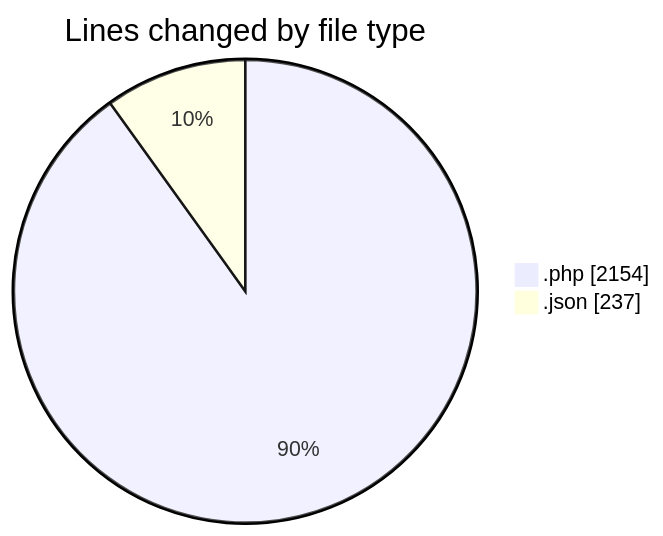
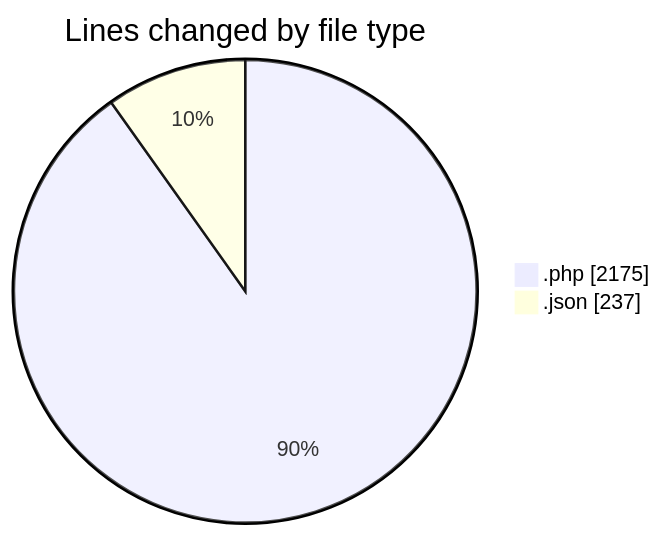
Before and after one commit to idhammustaqopulfikri/code-tracking: the first of 2 diagrams in 2025-06-20/studio-backend/README.md, drawn with Mermaid. The commit also changed other lines of this file and 1 other file, not shown here.

````diff
--- a/2025-06-20/studio-backend/README.md
+++ b/2025-06-20/studio-backend/README.md
@@ -26,6 +26,6 @@
 ```mermaid
 pie showData
 title Lines changed by file type
-".php" : 2154
+".php" : 2175
 ".json" : 237
 ```
````
